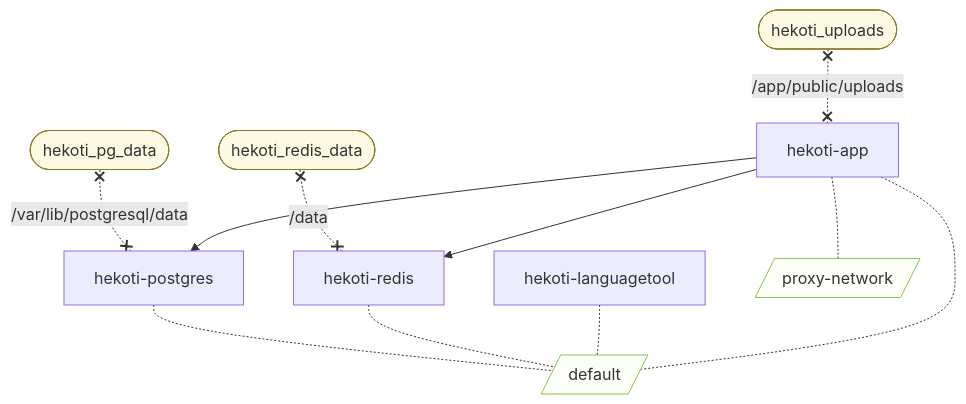
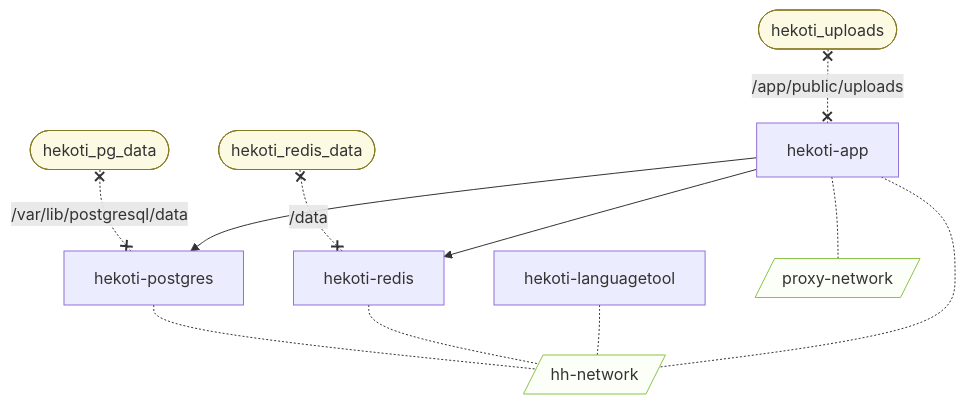
The diagram in README.md (hehestl/HeKoti), drawn with Mermaid before and after one commit.

Commit message:
docs: refresh Docker Compose Mermaid diagram

````diff
--- a/README.md
+++ b/README.md
@@ -24,19 +24,19 @@
 ```mermaid
 %%{init: {'theme': 'default'}}%%
 flowchart TB
   Vhekotipgdata([hekoti_pg_data]) x-. /var/lib/postgresql/data .-x hekotipostgres[hekoti-postgres]
   Vhekotiredisdata([hekoti_redis_data]) x-. /data .-x hekotiredis[hekoti-redis]
   Vhekotiuploads([hekoti_uploads]) x-. /app/public/uploads .-x hekotiapp[hekoti-app]
   hekotiapp --> hekotipostgres
   hekotiapp --> hekotiredis
-  hekotipostgres -.- default[/default/]
-  hekotiredis -.- default
-  hekotilanguagetool[hekoti-languagetool] -.- default
-  hekotiapp -.- default
+  hekotipostgres -.- hhnetwork[/hh-network/]
+  hekotiredis -.- hhnetwork
+  hekotilanguagetool[hekoti-languagetool] -.- hhnetwork
+  hekotiapp -.- hhnetwork
   hekotiapp -.- proxynetwork[/proxy-network/]
 
   classDef volumes fill:#fdfae4,stroke:#867a22
   class Vhekotipgdata,Vhekotiredisdata,Vhekotiuploads volumes
   classDef nets fill:#fbfff7,stroke:#8bc34a
-  class default,proxynetwork nets
+  class hhnetwork,proxynetwork nets
 ```
````
